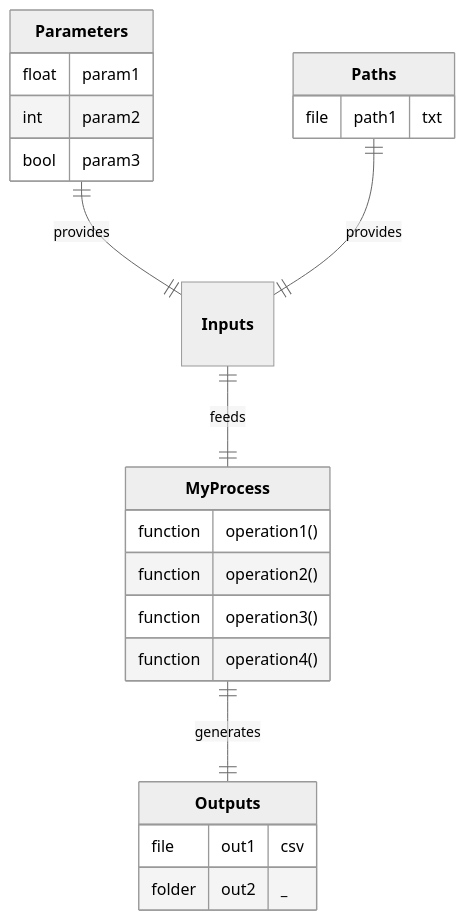
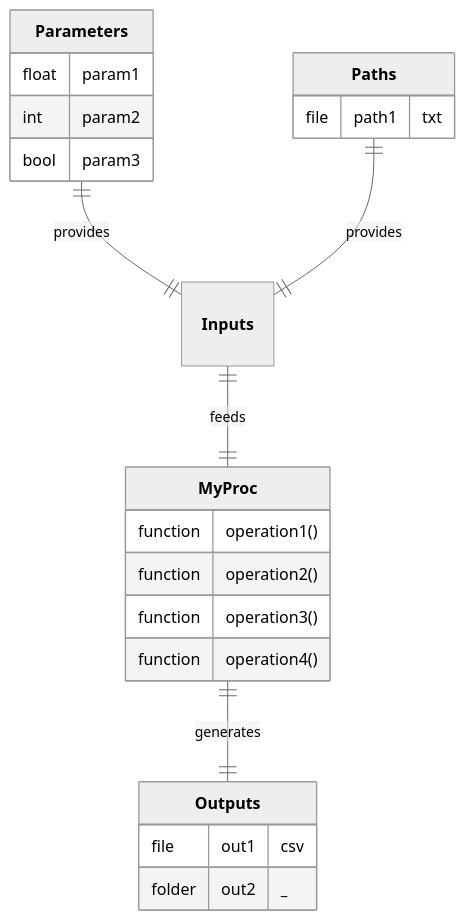
Before and after one commit to nuremics/nuremics: the third of 17 diagrams in README.md, drawn with Mermaid (neutral theme). The commit also changed other lines of this file, not shown here.

````diff
--- a/README.md
+++ b/README.md
@@ -122,26 +122,26 @@
 ```mermaid
 erDiagram
   **Parameters** ||--|| **Inputs** : provides
   **Paths** ||--|| **Inputs** : provides
-  **Inputs** ||--|| **MyProcess** : feeds
-  **MyProcess** ||--|| **Outputs** : generates
+  **Inputs** ||--|| **MyProc** : feeds
+  **MyProc** ||--|| **Outputs** : generates
 
   **Parameters** {
     float param1
     int param2
     bool param3
   }
   **Paths** {
     file path1 "txt"
   }
-  **MyProcess** {
+  **MyProc** {
     function operation1()
     function operation2()
     function operation3()
     function operation4()
   }
   **Outputs** {
     file out1 "csv"
     folder out2 "_"
   }
 ```
````
